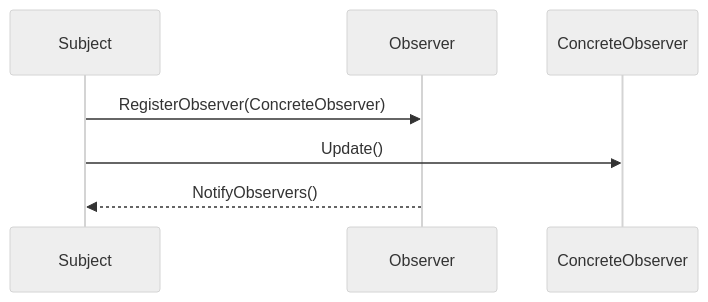
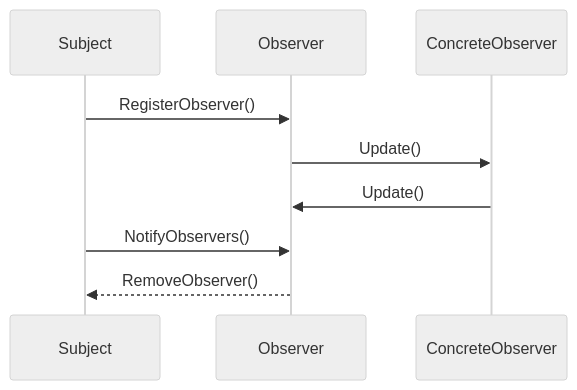
One commit to VitaliiKozyrUA/aasd_design_patterns changed the sixth of 8 diagrams in README.md. Above: the diagram before and after it, drawn with Mermaid (neutral theme).

````diff
--- a/README.md
+++ b/README.md
@@ -85,11 +85,12 @@
 ```mermaid
 sequenceDiagram
     participant Subject
     participant Observer
     participant ConcreteObserver
-    
-    Subject->>Observer: RegisterObserver(ConcreteObserver)
-    Subject->>ConcreteObserver: Update()
-    Observer-->>Subject: NotifyObservers()
 
+    Subject->>Observer: RegisterObserver()
+    Observer->>ConcreteObserver: Update()
+    ConcreteObserver->>Observer: Update()
+    Subject->>Observer: NotifyObservers()
+    Observer-->>Subject: RemoveObserver()
 ```
````
